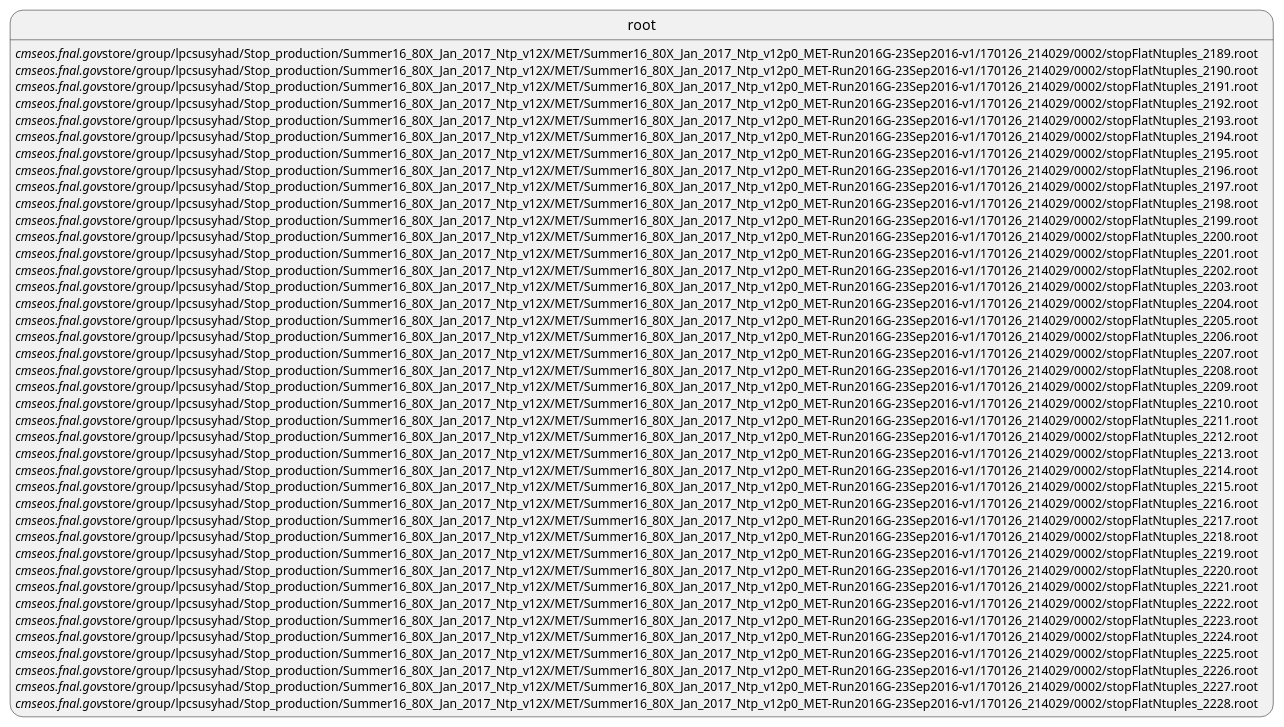
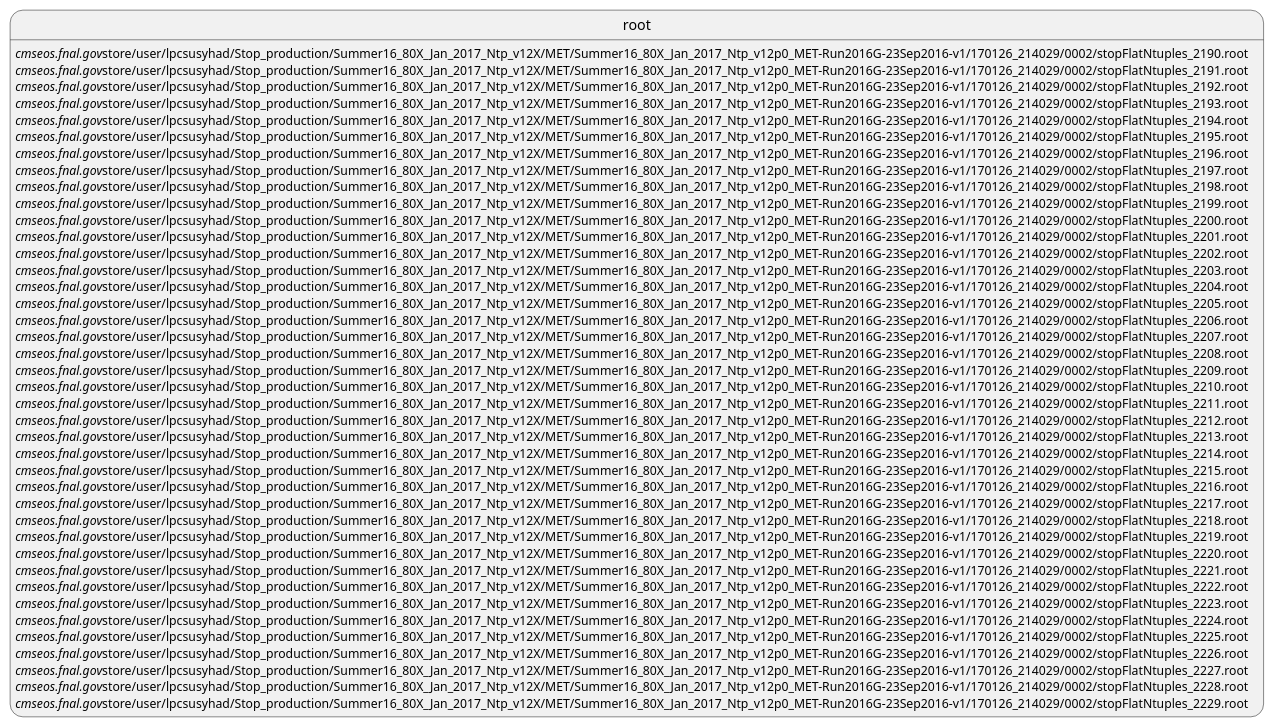
The diagram in QCDTools/QCDStopFlattrees/2017MoriondTxt/METSplit.pu (susy2015/QCD), drawn with PlantUML before and after one commit. The commit also changed 580 other files, not shown here.

```diff
--- a/QCDTools/QCDStopFlattrees/2017MoriondTxt/METSplit.pu
+++ b/QCDTools/QCDStopFlattrees/2017MoriondTxt/METSplit.pu
@@ -1,40 +1,40 @@
-root://cmseos.fnal.gov//store/group/lpcsusyhad/Stop_production/Summer16_80X_Jan_2017_Ntp_v12X/MET/Summer16_80X_Jan_2017_Ntp_v12p0_MET-Run2016G-23Sep2016-v1/170126_214029/0002/stopFlatNtuples_2189.root
-root://cmseos.fnal.gov//store/group/lpcsusyhad/Stop_production/Summer16_80X_Jan_2017_Ntp_v12X/MET/Summer16_80X_Jan_2017_Ntp_v12p0_MET-Run2016G-23Sep2016-v1/170126_214029/0002/stopFlatNtuples_2190.root
-root://cmseos.fnal.gov//store/group/lpcsusyhad/Stop_production/Summer16_80X_Jan_2017_Ntp_v12X/MET/Summer16_80X_Jan_2017_Ntp_v12p0_MET-Run2016G-23Sep2016-v1/170126_214029/0002/stopFlatNtuples_2191.root
-root://cmseos.fnal.gov//store/group/lpcsusyhad/Stop_production/Summer16_80X_Jan_2017_Ntp_v12X/MET/Summer16_80X_Jan_2017_Ntp_v12p0_MET-Run2016G-23Sep2016-v1/170126_214029/0002/stopFlatNtuples_2192.root
-root://cmseos.fnal.gov//store/group/lpcsusyhad/Stop_production/Summer16_80X_Jan_2017_Ntp_v12X/MET/Summer16_80X_Jan_2017_Ntp_v12p0_MET-Run2016G-23Sep2016-v1/170126_214029/0002/stopFlatNtuples_2193.root
-root://cmseos.fnal.gov//store/group/lpcsusyhad/Stop_production/Summer16_80X_Jan_2017_Ntp_v12X/MET/Summer16_80X_Jan_2017_Ntp_v12p0_MET-Run2016G-23Sep2016-v1/170126_214029/0002/stopFlatNtuples_2194.root
-root://cmseos.fnal.gov//store/group/lpcsusyhad/Stop_production/Summer16_80X_Jan_2017_Ntp_v12X/MET/Summer16_80X_Jan_2017_Ntp_v12p0_MET-Run2016G-23Sep2016-v1/170126_214029/0002/stopFlatNtuples_2195.root
-root://cmseos.fnal.gov//store/group/lpcsusyhad/Stop_production/Summer16_80X_Jan_2017_Ntp_v12X/MET/Summer16_80X_Jan_2017_Ntp_v12p0_MET-Run2016G-23Sep2016-v1/170126_214029/0002/stopFlatNtuples_2196.root
-root://cmseos.fnal.gov//store/group/lpcsusyhad/Stop_production/Summer16_80X_Jan_2017_Ntp_v12X/MET/Summer16_80X_Jan_2017_Ntp_v12p0_MET-Run2016G-23Sep2016-v1/170126_214029/0002/stopFlatNtuples_2197.root
-root://cmseos.fnal.gov//store/group/lpcsusyhad/Stop_production/Summer16_80X_Jan_2017_Ntp_v12X/MET/Summer16_80X_Jan_2017_Ntp_v12p0_MET-Run2016G-23Sep2016-v1/170126_214029/0002/stopFlatNtuples_2198.root
-root://cmseos.fnal.gov//store/group/lpcsusyhad/Stop_production/Summer16_80X_Jan_2017_Ntp_v12X/MET/Summer16_80X_Jan_2017_Ntp_v12p0_MET-Run2016G-23Sep2016-v1/170126_214029/0002/stopFlatNtuples_2199.root
-root://cmseos.fnal.gov//store/group/lpcsusyhad/Stop_production/Summer16_80X_Jan_2017_Ntp_v12X/MET/Summer16_80X_Jan_2017_Ntp_v12p0_MET-Run2016G-23Sep2016-v1/170126_214029/0002/stopFlatNtuples_2200.root
-root://cmseos.fnal.gov//store/group/lpcsusyhad/Stop_production/Summer16_80X_Jan_2017_Ntp_v12X/MET/Summer16_80X_Jan_2017_Ntp_v12p0_MET-Run2016G-23Sep2016-v1/170126_214029/0002/stopFlatNtuples_2201.root
-root://cmseos.fnal.gov//store/group/lpcsusyhad/Stop_production/Summer16_80X_Jan_2017_Ntp_v12X/MET/Summer16_80X_Jan_2017_Ntp_v12p0_MET-Run2016G-23Sep2016-v1/170126_214029/0002/stopFlatNtuples_2202.root
-root://cmseos.fnal.gov//store/group/lpcsusyhad/Stop_production/Summer16_80X_Jan_2017_Ntp_v12X/MET/Summer16_80X_Jan_2017_Ntp_v12p0_MET-Run2016G-23Sep2016-v1/170126_214029/0002/stopFlatNtuples_2203.root
-root://cmseos.fnal.gov//store/group/lpcsusyhad/Stop_production/Summer16_80X_Jan_2017_Ntp_v12X/MET/Summer16_80X_Jan_2017_Ntp_v12p0_MET-Run2016G-23Sep2016-v1/170126_214029/0002/stopFlatNtuples_2204.root
-root://cmseos.fnal.gov//store/group/lpcsusyhad/Stop_production/Summer16_80X_Jan_2017_Ntp_v12X/MET/Summer16_80X_Jan_2017_Ntp_v12p0_MET-Run2016G-23Sep2016-v1/170126_214029/0002/stopFlatNtuples_2205.root
-root://cmseos.fnal.gov//store/group/lpcsusyhad/Stop_production/Summer16_80X_Jan_2017_Ntp_v12X/MET/Summer16_80X_Jan_2017_Ntp_v12p0_MET-Run2016G-23Sep2016-v1/170126_214029/0002/stopFlatNtuples_2206.root
-root://cmseos.fnal.gov//store/group/lpcsusyhad/Stop_production/Summer16_80X_Jan_2017_Ntp_v12X/MET/Summer16_80X_Jan_2017_Ntp_v12p0_MET-Run2016G-23Sep2016-v1/170126_214029/0002/stopFlatNtuples_2207.root
-root://cmseos.fnal.gov//store/group/lpcsusyhad/Stop_production/Summer16_80X_Jan_2017_Ntp_v12X/MET/Summer16_80X_Jan_2017_Ntp_v12p0_MET-Run2016G-23Sep2016-v1/170126_214029/0002/stopFlatNtuples_2208.root
-root://cmseos.fnal.gov//store/group/lpcsusyhad/Stop_production/Summer16_80X_Jan_2017_Ntp_v12X/MET/Summer16_80X_Jan_2017_Ntp_v12p0_MET-Run2016G-23Sep2016-v1/170126_214029/0002/stopFlatNtuples_2209.root
-root://cmseos.fnal.gov//store/group/lpcsusyhad/Stop_production/Summer16_80X_Jan_2017_Ntp_v12X/MET/Summer16_80X_Jan_2017_Ntp_v12p0_MET-Run2016G-23Sep2016-v1/170126_214029/0002/stopFlatNtuples_2210.root
-root://cmseos.fnal.gov//store/group/lpcsusyhad/Stop_production/Summer16_80X_Jan_2017_Ntp_v12X/MET/Summer16_80X_Jan_2017_Ntp_v12p0_MET-Run2016G-23Sep2016-v1/170126_214029/0002/stopFlatNtuples_2211.root
-root://cmseos.fnal.gov//store/group/lpcsusyhad/Stop_production/Summer16_80X_Jan_2017_Ntp_v12X/MET/Summer16_80X_Jan_2017_Ntp_v12p0_MET-Run2016G-23Sep2016-v1/170126_214029/0002/stopFlatNtuples_2212.root
-root://cmseos.fnal.gov//store/group/lpcsusyhad/Stop_production/Summer16_80X_Jan_2017_Ntp_v12X/MET/Summer16_80X_Jan_2017_Ntp_v12p0_MET-Run2016G-23Sep2016-v1/170126_214029/0002/stopFlatNtuples_2213.root
-root://cmseos.fnal.gov//store/group/lpcsusyhad/Stop_production/Summer16_80X_Jan_2017_Ntp_v12X/MET/Summer16_80X_Jan_2017_Ntp_v12p0_MET-Run2016G-23Sep2016-v1/170126_214029/0002/stopFlatNtuples_2214.root
-root://cmseos.fnal.gov//store/group/lpcsusyhad/Stop_production/Summer16_80X_Jan_2017_Ntp_v12X/MET/Summer16_80X_Jan_2017_Ntp_v12p0_MET-Run2016G-23Sep2016-v1/170126_214029/0002/stopFlatNtuples_2215.root
-root://cmseos.fnal.gov//store/group/lpcsusyhad/Stop_production/Summer16_80X_Jan_2017_Ntp_v12X/MET/Summer16_80X_Jan_2017_Ntp_v12p0_MET-Run2016G-23Sep2016-v1/170126_214029/0002/stopFlatNtuples_2216.root
-root://cmseos.fnal.gov//store/group/lpcsusyhad/Stop_production/Summer16_80X_Jan_2017_Ntp_v12X/MET/Summer16_80X_Jan_2017_Ntp_v12p0_MET-Run2016G-23Sep2016-v1/170126_214029/0002/stopFlatNtuples_2217.root
-root://cmseos.fnal.gov//store/group/lpcsusyhad/Stop_production/Summer16_80X_Jan_2017_Ntp_v12X/MET/Summer16_80X_Jan_2017_Ntp_v12p0_MET-Run2016G-23Sep2016-v1/170126_214029/0002/stopFlatNtuples_2218.root
-root://cmseos.fnal.gov//store/group/lpcsusyhad/Stop_production/Summer16_80X_Jan_2017_Ntp_v12X/MET/Summer16_80X_Jan_2017_Ntp_v12p0_MET-Run2016G-23Sep2016-v1/170126_214029/0002/stopFlatNtuples_2219.root
-root://cmseos.fnal.gov//store/group/lpcsusyhad/Stop_production/Summer16_80X_Jan_2017_Ntp_v12X/MET/Summer16_80X_Jan_2017_Ntp_v12p0_MET-Run2016G-23Sep2016-v1/170126_214029/0002/stopFlatNtuples_2220.root
-root://cmseos.fnal.gov//store/group/lpcsusyhad/Stop_production/Summer16_80X_Jan_2017_Ntp_v12X/MET/Summer16_80X_Jan_2017_Ntp_v12p0_MET-Run2016G-23Sep2016-v1/170126_214029/0002/stopFlatNtuples_2221.root
-root://cmseos.fnal.gov//store/group/lpcsusyhad/Stop_production/Summer16_80X_Jan_2017_Ntp_v12X/MET/Summer16_80X_Jan_2017_Ntp_v12p0_MET-Run2016G-23Sep2016-v1/170126_214029/0002/stopFlatNtuples_2222.root
-root://cmseos.fnal.gov//store/group/lpcsusyhad/Stop_production/Summer16_80X_Jan_2017_Ntp_v12X/MET/Summer16_80X_Jan_2017_Ntp_v12p0_MET-Run2016G-23Sep2016-v1/170126_214029/0002/stopFlatNtuples_2223.root
-root://cmseos.fnal.gov//store/group/lpcsusyhad/Stop_production/Summer16_80X_Jan_2017_Ntp_v12X/MET/Summer16_80X_Jan_2017_Ntp_v12p0_MET-Run2016G-23Sep2016-v1/170126_214029/0002/stopFlatNtuples_2224.root
-root://cmseos.fnal.gov//store/group/lpcsusyhad/Stop_production/Summer16_80X_Jan_2017_Ntp_v12X/MET/Summer16_80X_Jan_2017_Ntp_v12p0_MET-Run2016G-23Sep2016-v1/170126_214029/0002/stopFlatNtuples_2225.root
-root://cmseos.fnal.gov//store/group/lpcsusyhad/Stop_production/Summer16_80X_Jan_2017_Ntp_v12X/MET/Summer16_80X_Jan_2017_Ntp_v12p0_MET-Run2016G-23Sep2016-v1/170126_214029/0002/stopFlatNtuples_2226.root
-root://cmseos.fnal.gov//store/group/lpcsusyhad/Stop_production/Summer16_80X_Jan_2017_Ntp_v12X/MET/Summer16_80X_Jan_2017_Ntp_v12p0_MET-Run2016G-23Sep2016-v1/170126_214029/0002/stopFlatNtuples_2227.root
-root://cmseos.fnal.gov//store/group/lpcsusyhad/Stop_production/Summer16_80X_Jan_2017_Ntp_v12X/MET/Summer16_80X_Jan_2017_Ntp_v12p0_MET-Run2016G-23Sep2016-v1/170126_214029/0002/stopFlatNtuples_2228.root
+root://cmseos.fnal.gov//store/user/lpcsusyhad/Stop_production/Summer16_80X_Jan_2017_Ntp_v12X/MET/Summer16_80X_Jan_2017_Ntp_v12p0_MET-Run2016G-23Sep2016-v1/170126_214029/0002/stopFlatNtuples_2190.root
+root://cmseos.fnal.gov//store/user/lpcsusyhad/Stop_production/Summer16_80X_Jan_2017_Ntp_v12X/MET/Summer16_80X_Jan_2017_Ntp_v12p0_MET-Run2016G-23Sep2016-v1/170126_214029/0002/stopFlatNtuples_2191.root
+root://cmseos.fnal.gov//store/user/lpcsusyhad/Stop_production/Summer16_80X_Jan_2017_Ntp_v12X/MET/Summer16_80X_Jan_2017_Ntp_v12p0_MET-Run2016G-23Sep2016-v1/170126_214029/0002/stopFlatNtuples_2192.root
+root://cmseos.fnal.gov//store/user/lpcsusyhad/Stop_production/Summer16_80X_Jan_2017_Ntp_v12X/MET/Summer16_80X_Jan_2017_Ntp_v12p0_MET-Run2016G-23Sep2016-v1/170126_214029/0002/stopFlatNtuples_2193.root
+root://cmseos.fnal.gov//store/user/lpcsusyhad/Stop_production/Summer16_80X_Jan_2017_Ntp_v12X/MET/Summer16_80X_Jan_2017_Ntp_v12p0_MET-Run2016G-23Sep2016-v1/170126_214029/0002/stopFlatNtuples_2194.root
+root://cmseos.fnal.gov//store/user/lpcsusyhad/Stop_production/Summer16_80X_Jan_2017_Ntp_v12X/MET/Summer16_80X_Jan_2017_Ntp_v12p0_MET-Run2016G-23Sep2016-v1/170126_214029/0002/stopFlatNtuples_2195.root
+root://cmseos.fnal.gov//store/user/lpcsusyhad/Stop_production/Summer16_80X_Jan_2017_Ntp_v12X/MET/Summer16_80X_Jan_2017_Ntp_v12p0_MET-Run2016G-23Sep2016-v1/170126_214029/0002/stopFlatNtuples_2196.root
+root://cmseos.fnal.gov//store/user/lpcsusyhad/Stop_production/Summer16_80X_Jan_2017_Ntp_v12X/MET/Summer16_80X_Jan_2017_Ntp_v12p0_MET-Run2016G-23Sep2016-v1/170126_214029/0002/stopFlatNtuples_2197.root
+root://cmseos.fnal.gov//store/user/lpcsusyhad/Stop_production/Summer16_80X_Jan_2017_Ntp_v12X/MET/Summer16_80X_Jan_2017_Ntp_v12p0_MET-Run2016G-23Sep2016-v1/170126_214029/0002/stopFlatNtuples_2198.root
+root://cmseos.fnal.gov//store/user/lpcsusyhad/Stop_production/Summer16_80X_Jan_2017_Ntp_v12X/MET/Summer16_80X_Jan_2017_Ntp_v12p0_MET-Run2016G-23Sep2016-v1/170126_214029/0002/stopFlatNtuples_2199.root
+root://cmseos.fnal.gov//store/user/lpcsusyhad/Stop_production/Summer16_80X_Jan_2017_Ntp_v12X/MET/Summer16_80X_Jan_2017_Ntp_v12p0_MET-Run2016G-23Sep2016-v1/170126_214029/0002/stopFlatNtuples_2200.root
+root://cmseos.fnal.gov//store/user/lpcsusyhad/Stop_production/Summer16_80X_Jan_2017_Ntp_v12X/MET/Summer16_80X_Jan_2017_Ntp_v12p0_MET-Run2016G-23Sep2016-v1/170126_214029/0002/stopFlatNtuples_2201.root
+root://cmseos.fnal.gov//store/user/lpcsusyhad/Stop_production/Summer16_80X_Jan_2017_Ntp_v12X/MET/Summer16_80X_Jan_2017_Ntp_v12p0_MET-Run2016G-23Sep2016-v1/170126_214029/0002/stopFlatNtuples_2202.root
+root://cmseos.fnal.gov//store/user/lpcsusyhad/Stop_production/Summer16_80X_Jan_2017_Ntp_v12X/MET/Summer16_80X_Jan_2017_Ntp_v12p0_MET-Run2016G-23Sep2016-v1/170126_214029/0002/stopFlatNtuples_2203.root
+root://cmseos.fnal.gov//store/user/lpcsusyhad/Stop_production/Summer16_80X_Jan_2017_Ntp_v12X/MET/Summer16_80X_Jan_2017_Ntp_v12p0_MET-Run2016G-23Sep2016-v1/170126_214029/0002/stopFlatNtuples_2204.root
+root://cmseos.fnal.gov//store/user/lpcsusyhad/Stop_production/Summer16_80X_Jan_2017_Ntp_v12X/MET/Summer16_80X_Jan_2017_Ntp_v12p0_MET-Run2016G-23Sep2016-v1/170126_214029/0002/stopFlatNtuples_2205.root
+root://cmseos.fnal.gov//store/user/lpcsusyhad/Stop_production/Summer16_80X_Jan_2017_Ntp_v12X/MET/Summer16_80X_Jan_2017_Ntp_v12p0_MET-Run2016G-23Sep2016-v1/170126_214029/0002/stopFlatNtuples_2206.root
+root://cmseos.fnal.gov//store/user/lpcsusyhad/Stop_production/Summer16_80X_Jan_2017_Ntp_v12X/MET/Summer16_80X_Jan_2017_Ntp_v12p0_MET-Run2016G-23Sep2016-v1/170126_214029/0002/stopFlatNtuples_2207.root
+root://cmseos.fnal.gov//store/user/lpcsusyhad/Stop_production/Summer16_80X_Jan_2017_Ntp_v12X/MET/Summer16_80X_Jan_2017_Ntp_v12p0_MET-Run2016G-23Sep2016-v1/170126_214029/0002/stopFlatNtuples_2208.root
+root://cmseos.fnal.gov//store/user/lpcsusyhad/Stop_production/Summer16_80X_Jan_2017_Ntp_v12X/MET/Summer16_80X_Jan_2017_Ntp_v12p0_MET-Run2016G-23Sep2016-v1/170126_214029/0002/stopFlatNtuples_2209.root
+root://cmseos.fnal.gov//store/user/lpcsusyhad/Stop_production/Summer16_80X_Jan_2017_Ntp_v12X/MET/Summer16_80X_Jan_2017_Ntp_v12p0_MET-Run2016G-23Sep2016-v1/170126_214029/0002/stopFlatNtuples_2210.root
+root://cmseos.fnal.gov//store/user/lpcsusyhad/Stop_production/Summer16_80X_Jan_2017_Ntp_v12X/MET/Summer16_80X_Jan_2017_Ntp_v12p0_MET-Run2016G-23Sep2016-v1/170126_214029/0002/stopFlatNtuples_2211.root
+root://cmseos.fnal.gov//store/user/lpcsusyhad/Stop_production/Summer16_80X_Jan_2017_Ntp_v12X/MET/Summer16_80X_Jan_2017_Ntp_v12p0_MET-Run2016G-23Sep2016-v1/170126_214029/0002/stopFlatNtuples_2212.root
+root://cmseos.fnal.gov//store/user/lpcsusyhad/Stop_production/Summer16_80X_Jan_2017_Ntp_v12X/MET/Summer16_80X_Jan_2017_Ntp_v12p0_MET-Run2016G-23Sep2016-v1/170126_214029/0002/stopFlatNtuples_2213.root
+root://cmseos.fnal.gov//store/user/lpcsusyhad/Stop_production/Summer16_80X_Jan_2017_Ntp_v12X/MET/Summer16_80X_Jan_2017_Ntp_v12p0_MET-Run2016G-23Sep2016-v1/170126_214029/0002/stopFlatNtuples_2214.root
+root://cmseos.fnal.gov//store/user/lpcsusyhad/Stop_production/Summer16_80X_Jan_2017_Ntp_v12X/MET/Summer16_80X_Jan_2017_Ntp_v12p0_MET-Run2016G-23Sep2016-v1/170126_214029/0002/stopFlatNtuples_2215.root
+root://cmseos.fnal.gov//store/user/lpcsusyhad/Stop_production/Summer16_80X_Jan_2017_Ntp_v12X/MET/Summer16_80X_Jan_2017_Ntp_v12p0_MET-Run2016G-23Sep2016-v1/170126_214029/0002/stopFlatNtuples_2216.root
+root://cmseos.fnal.gov//store/user/lpcsusyhad/Stop_production/Summer16_80X_Jan_2017_Ntp_v12X/MET/Summer16_80X_Jan_2017_Ntp_v12p0_MET-Run2016G-23Sep2016-v1/170126_214029/0002/stopFlatNtuples_2217.root
+root://cmseos.fnal.gov//store/user/lpcsusyhad/Stop_production/Summer16_80X_Jan_2017_Ntp_v12X/MET/Summer16_80X_Jan_2017_Ntp_v12p0_MET-Run2016G-23Sep2016-v1/170126_214029/0002/stopFlatNtuples_2218.root
+root://cmseos.fnal.gov//store/user/lpcsusyhad/Stop_production/Summer16_80X_Jan_2017_Ntp_v12X/MET/Summer16_80X_Jan_2017_Ntp_v12p0_MET-Run2016G-23Sep2016-v1/170126_214029/0002/stopFlatNtuples_2219.root
+root://cmseos.fnal.gov//store/user/lpcsusyhad/Stop_production/Summer16_80X_Jan_2017_Ntp_v12X/MET/Summer16_80X_Jan_2017_Ntp_v12p0_MET-Run2016G-23Sep2016-v1/170126_214029/0002/stopFlatNtuples_2220.root
+root://cmseos.fnal.gov//store/user/lpcsusyhad/Stop_production/Summer16_80X_Jan_2017_Ntp_v12X/MET/Summer16_80X_Jan_2017_Ntp_v12p0_MET-Run2016G-23Sep2016-v1/170126_214029/0002/stopFlatNtuples_2221.root
+root://cmseos.fnal.gov//store/user/lpcsusyhad/Stop_production/Summer16_80X_Jan_2017_Ntp_v12X/MET/Summer16_80X_Jan_2017_Ntp_v12p0_MET-Run2016G-23Sep2016-v1/170126_214029/0002/stopFlatNtuples_2222.root
+root://cmseos.fnal.gov//store/user/lpcsusyhad/Stop_production/Summer16_80X_Jan_2017_Ntp_v12X/MET/Summer16_80X_Jan_2017_Ntp_v12p0_MET-Run2016G-23Sep2016-v1/170126_214029/0002/stopFlatNtuples_2223.root
+root://cmseos.fnal.gov//store/user/lpcsusyhad/Stop_production/Summer16_80X_Jan_2017_Ntp_v12X/MET/Summer16_80X_Jan_2017_Ntp_v12p0_MET-Run2016G-23Sep2016-v1/170126_214029/0002/stopFlatNtuples_2224.root
+root://cmseos.fnal.gov//store/user/lpcsusyhad/Stop_production/Summer16_80X_Jan_2017_Ntp_v12X/MET/Summer16_80X_Jan_2017_Ntp_v12p0_MET-Run2016G-23Sep2016-v1/170126_214029/0002/stopFlatNtuples_2225.root
+root://cmseos.fnal.gov//store/user/lpcsusyhad/Stop_production/Summer16_80X_Jan_2017_Ntp_v12X/MET/Summer16_80X_Jan_2017_Ntp_v12p0_MET-Run2016G-23Sep2016-v1/170126_214029/0002/stopFlatNtuples_2226.root
+root://cmseos.fnal.gov//store/user/lpcsusyhad/Stop_production/Summer16_80X_Jan_2017_Ntp_v12X/MET/Summer16_80X_Jan_2017_Ntp_v12p0_MET-Run2016G-23Sep2016-v1/170126_214029/0002/stopFlatNtuples_2227.root
+root://cmseos.fnal.gov//store/user/lpcsusyhad/Stop_production/Summer16_80X_Jan_2017_Ntp_v12X/MET/Summer16_80X_Jan_2017_Ntp_v12p0_MET-Run2016G-23Sep2016-v1/170126_214029/0002/stopFlatNtuples_2228.root
+root://cmseos.fnal.gov//store/user/lpcsusyhad/Stop_production/Summer16_80X_Jan_2017_Ntp_v12X/MET/Summer16_80X_Jan_2017_Ntp_v12p0_MET-Run2016G-23Sep2016-v1/170126_214029/0002/stopFlatNtuples_2229.root
```
